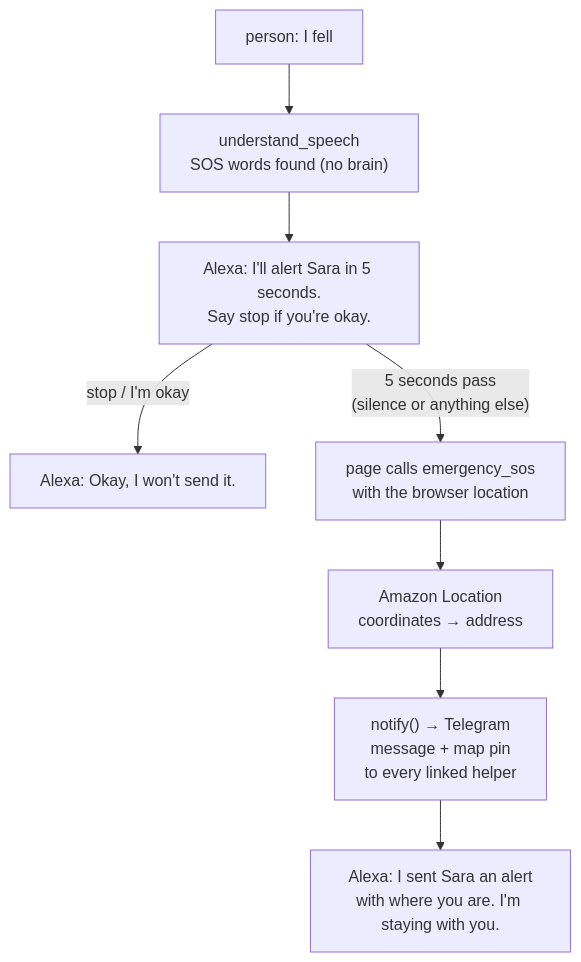
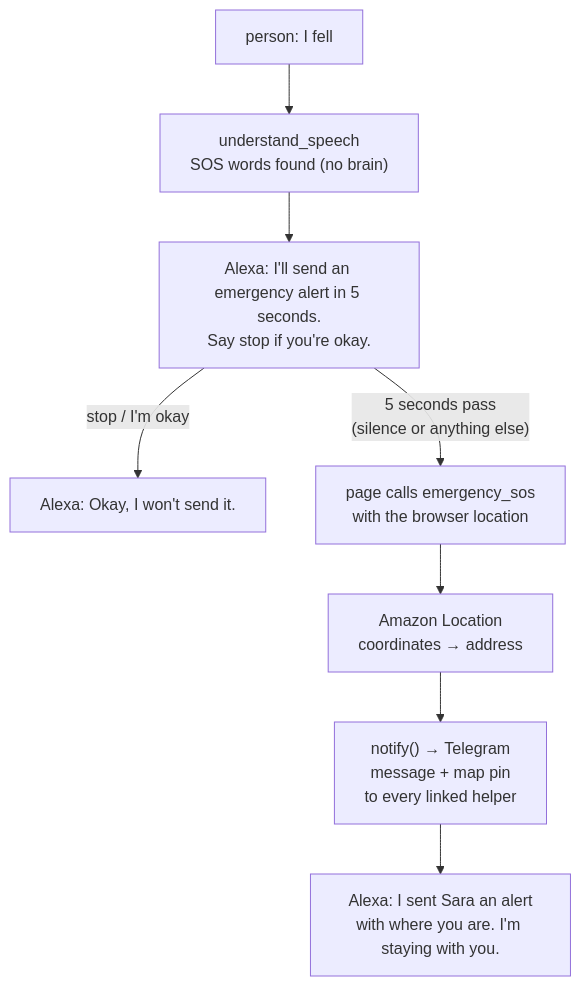
One commit to Eihab4/Speech-Resilient-Alexa changed the diagram in docs/branches/feature-emergency-sos.md. Above: the diagram before and after it, drawn with Mermaid. The commit also changed other lines of this file and 4 other files, not shown here.

Commit message:
feat: add SOS countdown and cooldown settings, enhance emergency alert flow

````diff
--- a/docs/branches/feature-emergency-sos.md
+++ b/docs/branches/feature-emergency-sos.md
@@ -9,10 +9,10 @@
 ```mermaid
 flowchart TD
     H["person: I fell"] --> W["understand_speech<br/>SOS words found (no brain)"]
-    W --> C["Alexa: I'll alert Sara in 5 seconds.<br/>Say stop if you're okay."]
+    W --> C["Alexa: I'll send an emergency alert in 5 seconds.<br/>Say stop if you're okay."]
     C -->|"stop / I'm okay"| S["Alexa: Okay, I won't send it."]
     C -->|"5 seconds pass<br/>(silence or anything else)"| E["page calls emergency_sos<br/>with the browser location"]
     E --> A["Amazon Location<br/>coordinates → address"]
     A --> N["notify() → Telegram<br/>message + map pin<br/>to every linked helper"]
     N --> R["Alexa: I sent Sara an alert<br/>with where you are. I'm staying with you."]
 ```
````
